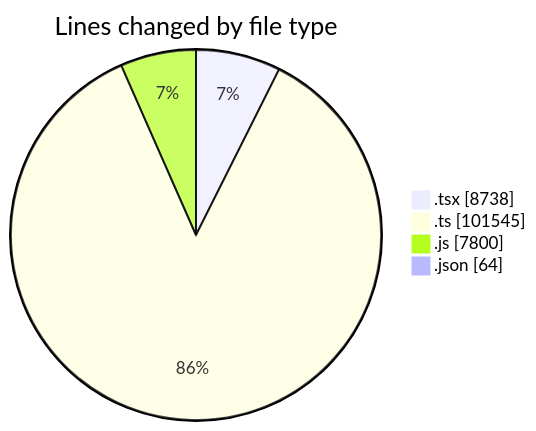
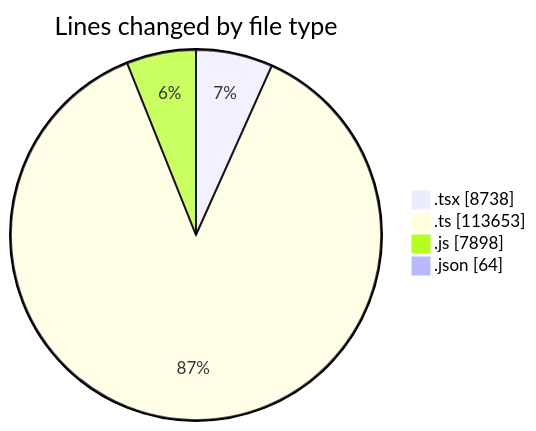
Before and after one commit to momahboobian/code-tracking: the first of 2 diagrams in 2026-07-30/cda/README.md, drawn with Mermaid. The commit also changed other lines of this file and 1 other file, not shown here.

````diff
--- a/2026-07-30/cda/README.md
+++ b/2026-07-30/cda/README.md
@@ -55,8 +56,8 @@
 ```mermaid
 pie showData
 title Lines changed by file type
 ".tsx" : 8738
-".ts" : 101545
-".js" : 7800
+".ts" : 113653
+".js" : 7898
 ".json" : 64
 ```
````
